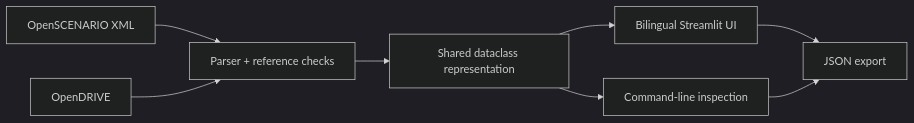
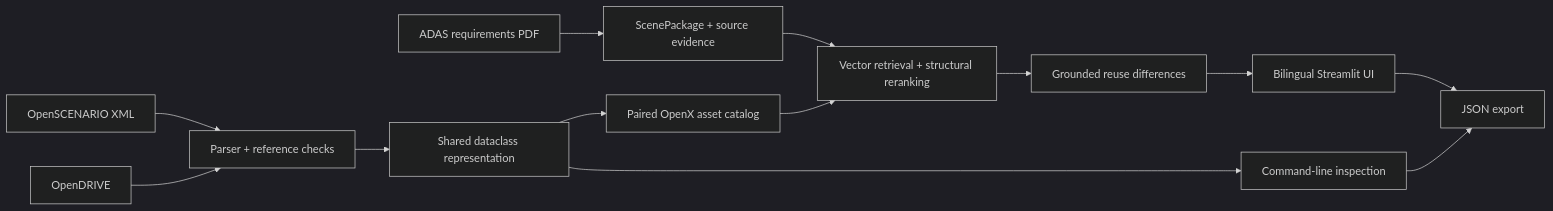
The diagram in README.md (FFangx/openx-scenario-workbench), drawn with Mermaid (dark theme) before and after one commit. The commit also changed other lines of this file and 21 other files, not shown here.

Commit message:
feat: connect PDF scene packages to OpenX retrieval

````diff
--- a/README.md
+++ b/README.md
@@ -94,10 +110,15 @@
 ```mermaid
 flowchart LR
+    D["ADAS requirements PDF"] --> S["ScenePackage + source evidence"]
     X["OpenSCENARIO XML"] --> P["Parser + reference checks"]
     R["OpenDRIVE"] --> P
     P --> IR["Shared dataclass representation"]
-    IR --> UI["Bilingual Streamlit UI"]
+    IR --> C["Paired OpenX asset catalog"]
+    S --> RAG
+    C --> RAG["Vector retrieval + structural reranking"]
+    RAG --> DIFF["Grounded reuse differences"]
+    DIFF --> UI["Bilingual Streamlit UI"]
     IR --> CLI["Command-line inspection"]
     UI --> J["JSON export"]
     CLI --> J
 ```
````
